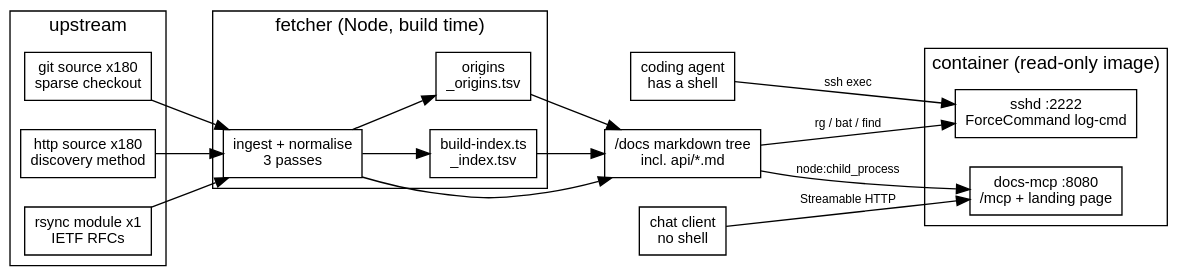
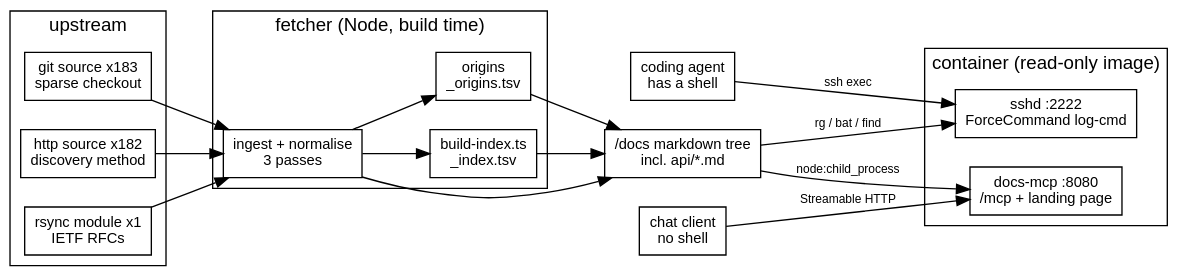
Before and after one commit to erfianugrah/lexicanum: the diagram in src/content/docs/reference/docs-over-ssh.mdx, drawn with Graphviz. The commit also changed other lines of this file, not shown here.

````diff
--- a/src/content/docs/reference/docs-over-ssh.mdx
+++ b/src/content/docs/reference/docs-over-ssh.mdx
@@ -59,45 +59,45 @@
 ```dot
 digraph {
   rankdir=LR; bgcolor="transparent"; compound=true; nodesep=0.3; ranksep=0.7;
   fontname="Helvetica,Arial,sans-serif";
   node [fontname="Helvetica,Arial,sans-serif", fontsize=11, shape=box];
   edge [fontname="Helvetica,Arial,sans-serif", fontsize=9];
 
   subgraph cluster_up {
     label="upstream";
-    git [label="git source x180\nsparse checkout"];
-    http [label="http source x180\ndiscovery method"];
+    git [label="git source x183\nsparse checkout"];
+    http [label="http source x182\ndiscovery method"];
     rfc [label="rsync module x1\nIETF RFCs"];
   }
 
   subgraph cluster_build {
     label="fetcher (Node, build time)";
     norm [label="ingest + normalise\n3 passes"];
     idx [label="build-index.ts\n_index.tsv"];
     org [label="origins\n_origins.tsv"];
     norm -> idx;
     norm -> org;
   }
 
   docs [label="/docs markdown tree\nincl. api/*.md"];
   git -> norm;
   http -> norm;
   rfc -> norm;
   norm -> docs;
   idx -> docs;
   org -> docs;
 
   subgraph cluster_run {
     label="container (read-only image)";
     sshd [label="sshd :2222\nForceCommand log-cmd"];
     mcp [label="docs-mcp :8080\n/mcp + landing page"];
   }
   docs -> sshd [label="rg / bat / find"];
   docs -> mcp [label="node:child_process"];
 
   agent [label="coding agent\nhas a shell"];
   chat [label="chat client\nno shell"];
   agent -> sshd [label="ssh exec"];
   chat -> mcp [label="Streamable HTTP"];
 }
 ```
````
